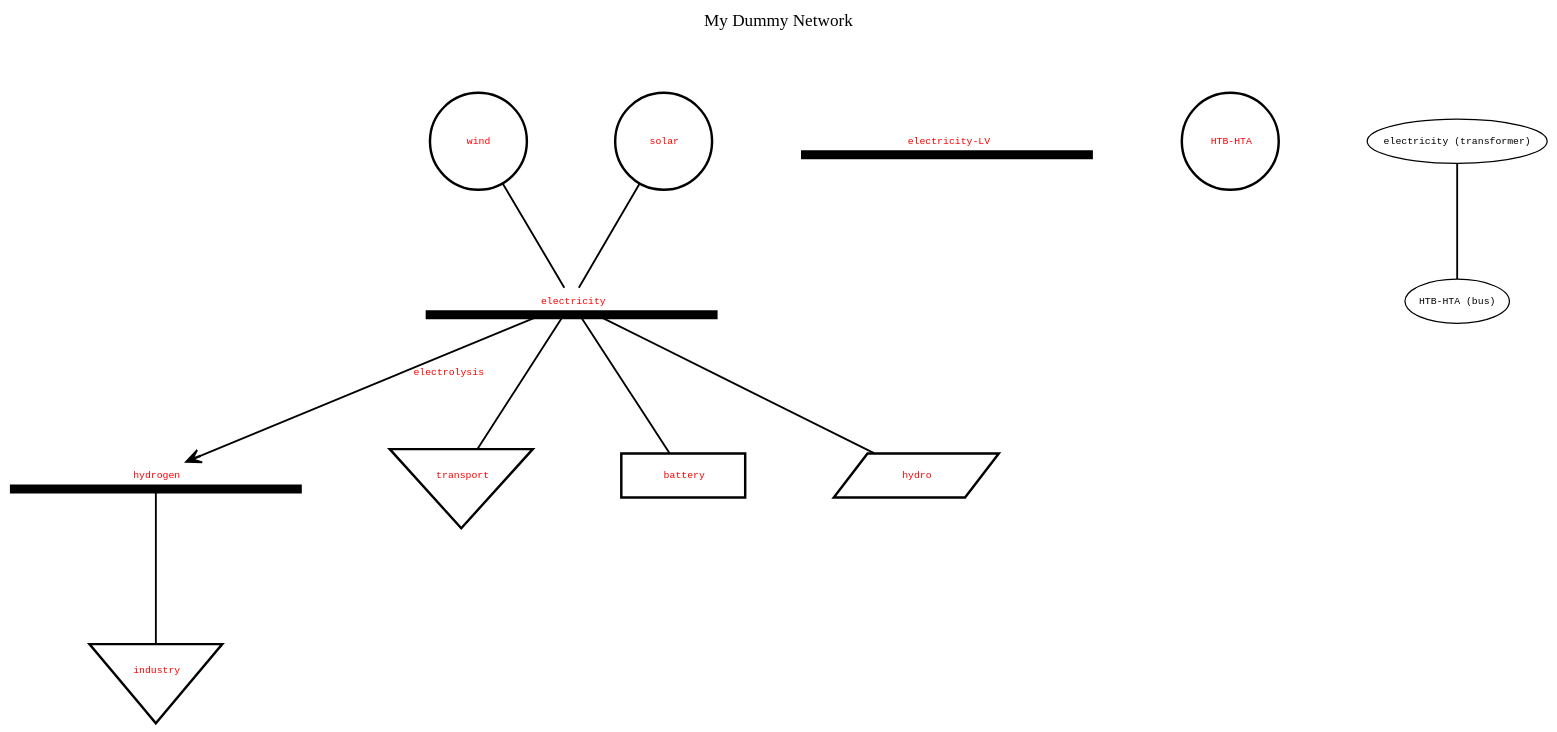
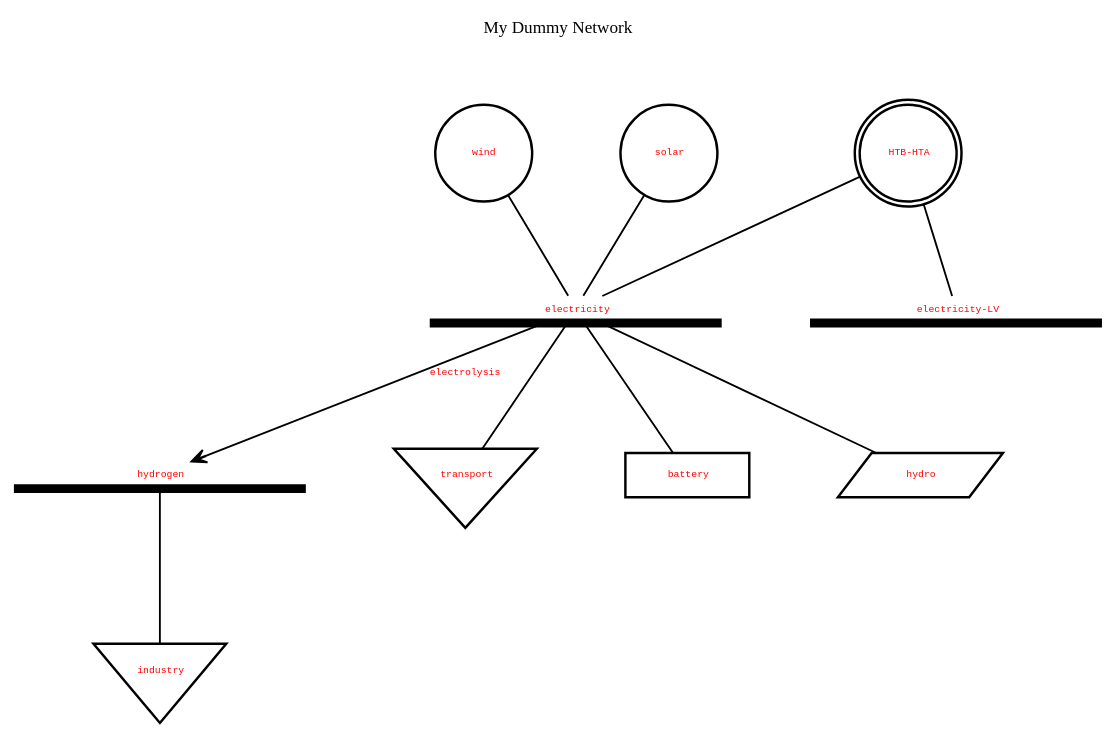
Before and after one commit to ConVERDEte/pypsatopo-trf: the diagram in topography.dot, drawn with Graphviz. The commit also changed 2 other files, not shown here.

Commit message:
completed transformer mapping

```diff
--- a/topography.dot
+++ b/topography.dot
@@ -1,187 +1,193 @@
 //
-// Generated by PyPSATopo version 1.1.3 (on the 2025/10/15 at 13:09:47) using the following parameters: 
+// Generated by PyPSATopo version 1.1.3.2 (on the 2025/10/15 at 16:13:49) using the following parameters: 
 //
 //    file_input=None
 //    focus=None
 //    neighbourhood=0
 //    bus_filter=None
 //    generator_filter=None
 //    transformer_filter=None
 //    load_filter=None
 //    store_filter=None
 //    storage_unit_filter=None
 //    link_filter=None
 //    line_filter=None
 //    carrier_filter=None
 //    negative_efficiency=True
 //    broken_missing=False
 //    carrier_color=None
 //    context=False
 //    file_output=topography.svg
 //    file_format=svg
 //    log=False
 //    log_info=False
 //    log_warning=False
 //
 
 digraph "My Dummy Network"
 {
    // digraph layout
-   bgcolor = "transparent"
+   bgcolor = "white"
    labelloc = "t"
    label = "My Dummy Network
 
 
            "
    tooltip = "Network: My Dummy Network
 Buses: 3 (out of 3)
 Generators: 2 (out of 2)
-Transformers: 1 (out of 1)
+Transformers: 2 (out of 1)
 Loads: 2 (out of 2)
 Stores: 1 (out of 1)
 Storage units: 1 (out of 1)
 Links: 1 (out of 1)
 Lines: 0 (out of 0)
 Snapshots: 1"
    rankdir = "TB"
    ranksep = 1.00
    nodesep = 1.00
    splines = "polyline"
    node [fontname = "Courier New", fontsize = 8.00]
    edge [fontname = "Courier New", fontsize = 8.00]
 
    // buses (3)
    "electricity (bus)" [label = <<font color = "red">electricity</font>>, tooltip = "Bus: electricity
 Carrier: AC
 Unit: 
 Generators: 2
 Transformers: 1
 Loads: 1
 Stores: 1
 Storage units: 1
 Incoming links: 0
 Outgoing links: 1
 Lines: 0
 
 Power time series: N/A ", shape = "underline", width = 3.30, height = 0.30, style = "setlinewidth(7.30)", color = "black"]
    "hydrogen (bus)" [label = <<font color = "red">hydrogen</font>>, tooltip = "Bus: hydrogen
 Carrier: AC
 Unit: 
 Generators: 0
 Transformers: 0
 Loads: 1
 Stores: 0
 Storage units: 0
 Incoming links: 1
 Outgoing links: 0
 Lines: 0
 
 Power time series: N/A ", shape = "underline", width = 3.30, height = 0.30, style = "setlinewidth(7.30)", color = "black"]
    "electricity-LV (bus)" [label = <<font color = "red">electricity-LV</font>>, tooltip = "Bus: electricity-LV
 Carrier: AC
 Unit: 
 Generators: 0
-Transformers: 0
+Transformers: 1
 Loads: 0
 Stores: 0
 Storage units: 0
 Incoming links: 0
 Outgoing links: 0
 Lines: 0
 
 Power time series: N/A ", shape = "underline", width = 3.30, height = 0.30, style = "setlinewidth(7.30)", color = "black"]
 
    // generators (2)
    "wind (generator)" [label = <<font color = "red">wind</font>>, tooltip = "Generator: wind
 Bus: electricity
 Carrier: 
 Extendable nominal power: False
 Nominal power: 0.00 
 Power set: 0.00 
 Efficiency: 1.00
 Capital cost: 0.00 currency/
 Marginal cost: 0.00 currency/h
 
 Optimised nominal power: 0.00 
 Power time series: N/A ", shape = "circle", width = 1.10, style = "setlinewidth(2.00)", color = "black"]   "wind (generator)" -> "electricity (bus)" [style = "setlinewidth(1.50)", color = "black", arrowhead = "none"]
    "solar (generator)" [label = <<font color = "red">solar</font>>, tooltip = "Generator: solar
 Bus: electricity
 Carrier: 
 Extendable nominal power: False
 Nominal power: 0.00 
 Power set: 0.00 
 Efficiency: 1.00
 Capital cost: 0.00 currency/
 Marginal cost: 0.00 currency/h
 
 Optimised nominal power: 0.00 
 Power time series: N/A ", shape = "circle", width = 1.10, style = "setlinewidth(2.00)", color = "black"]   "solar (generator)" -> "electricity (bus)" [style = "setlinewidth(1.50)", color = "black", arrowhead = "none"]
 
-   // transformers (1)
+   // transformers (2)
     "HTB-HTA (transformer)" [label = <<font color = "red">HTB-HTA</font>>, tooltip = "Transformer: HTB-HTA
 Bus0: electricity
 Bus1: electricity-LV
 Extendable nominal power: False
 Nominal power: 0.00 MW
-Capital cost: 0.00 ", shape = "circle", width = 1.10, style = "setlinewidth(2.00)", color = "black"]   "electricity (transformer)" -> "HTB-HTA (bus)" [style = "setlinewidth(1.50)", color = "black", arrowhead = "none"]
+Capital cost: 0.00 ", shape = "doublecircle", width = 1.10, style = "setlinewidth(2.00)", color = "black"]   "HTB-HTA (transformer)" -> "electricity-LV (bus)" [style = "setlinewidth(1.50)", color = "black", arrowhead = "none"]
+    "HTB-HTA (transformer)" [label = <<font color = "red">HTB-HTA</font>>, tooltip = "Transformer: HTB-HTA
+Bus0: electricity-LV
+Bus1: electricity
+Extendable nominal power: False
+Nominal power: 0.00 MW
+Capital cost: 0.00 ", shape = "doublecircle", width = 1.10, style = "setlinewidth(2.00)", color = "black"]   "HTB-HTA (transformer)" -> "electricity (bus)" [style = "setlinewidth(1.50)", color = "black", arrowhead = "none"]
 
    // loads (2)
    "transport (load)" [label = <<font color = "red">transport</font>>, tooltip = "Load: transport
 Bus: electricity
 Carrier: 
 Power set: 0.00 ", shape = "invtriangle", width = 1.50, height = 1.20, style = "setlinewidth(2.00)", color = "black"]   "electricity (bus)" -> "transport (load)" [style = "setlinewidth(1.50)", color = "black", arrowhead = "none"]
    "industry (load)" [label = <<font color = "red">industry</font>>, tooltip = "Load: industry
 Bus: hydrogen
 Carrier: 
 Power set: 0.00 ", shape = "invtriangle", width = 1.50, height = 1.20, style = "setlinewidth(2.00)", color = "black"]   "hydrogen (bus)" -> "industry (load)" [style = "setlinewidth(1.50)", color = "black", arrowhead = "none"]
 
    // stores (1)
    "battery (store)" [label = <<font color = "red">battery</font>>, tooltip = "Store: battery
 Bus: electricity
 Carrier: 
 Extendable nominal energy: False
 Nominal energy: 0.00 h
 Power set: 0.00 
 Cyclic energy: False
 Capital cost: 0.00 currency/
 Marginal cost: 0.00 currency/h
 
 Optimised nominal energy: 0.00 h
 Energy time series: N/A h
 Power time series: N/A ", shape = "box", width = 1.40, style = "setlinewidth(2.00)", color = "black"]   "electricity (bus)" -> "battery (store)" [style = "setlinewidth(1.50)", color = "black", arrowhead = "none"]
 
    // storage units (1)
    "hydro (storage unit)" [label = <<font color = "red">hydro</font>>, tooltip = "Storage unit: hydro
 Bus: electricity
 Carrier: 
 Extendable nominal power: False
 Nominal power: 0.00 
 Power set: 0.00 
 Charge cyclic state: False
 Capital cost: 0.00 currency/
 Marginal cost: 0.00 currency/h
 
 Optimised nominal power: 0.00 
 Power time series: N/A ", shape = "parallelogram", width = 1.80, style = "setlinewidth(2.00)", color = "black"]   "electricity (bus)" -> "hydro (storage unit)" [style = "setlinewidth(1.50)", color = "black", arrowhead = "none"]
 
    // links (1)
    "electricity (bus)" -> "hydrogen (bus)" [label = <<font color = "red">electrolysis</font>>, tooltip = "Link: electrolysis
 From: electricity (bus0)
 To: hydrogen (bus1)
 Carrier: 
 Extendable nominal power: False
 Nominal power: 0.00 MW
 Efficiency: 1.00
 Capital cost: 0.00 currency/MW
 Marginal cost: 0.00 currency/MWh
 
 Optimised nominal power: 0.00 MW
 Power time series (p0): N/A MW
 Power time series (p1): N/A MW", style = "setlinewidth(1.50)", color = "black", arrowhead = "vee", arrowsize = 1.20]
 
    // multi-link trunks (0)
 
    // multi-link branches (0)
 
    // lines (0)
 }
```
